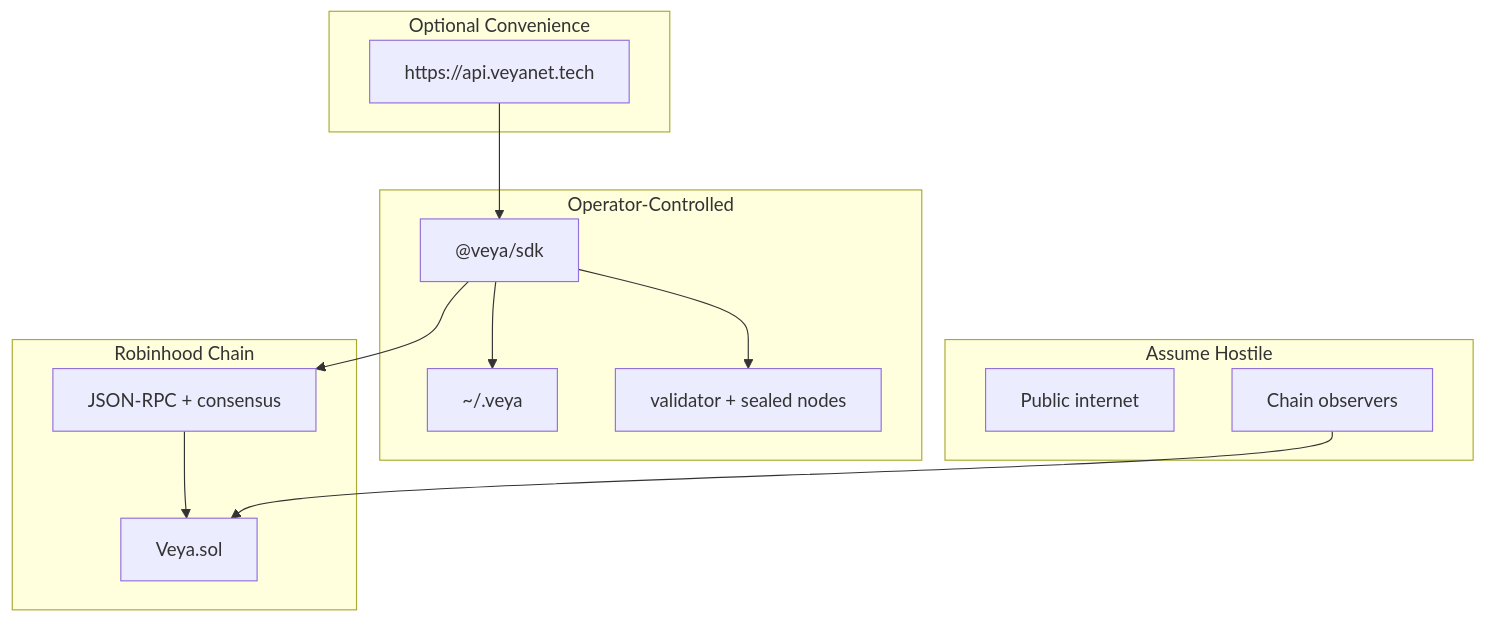
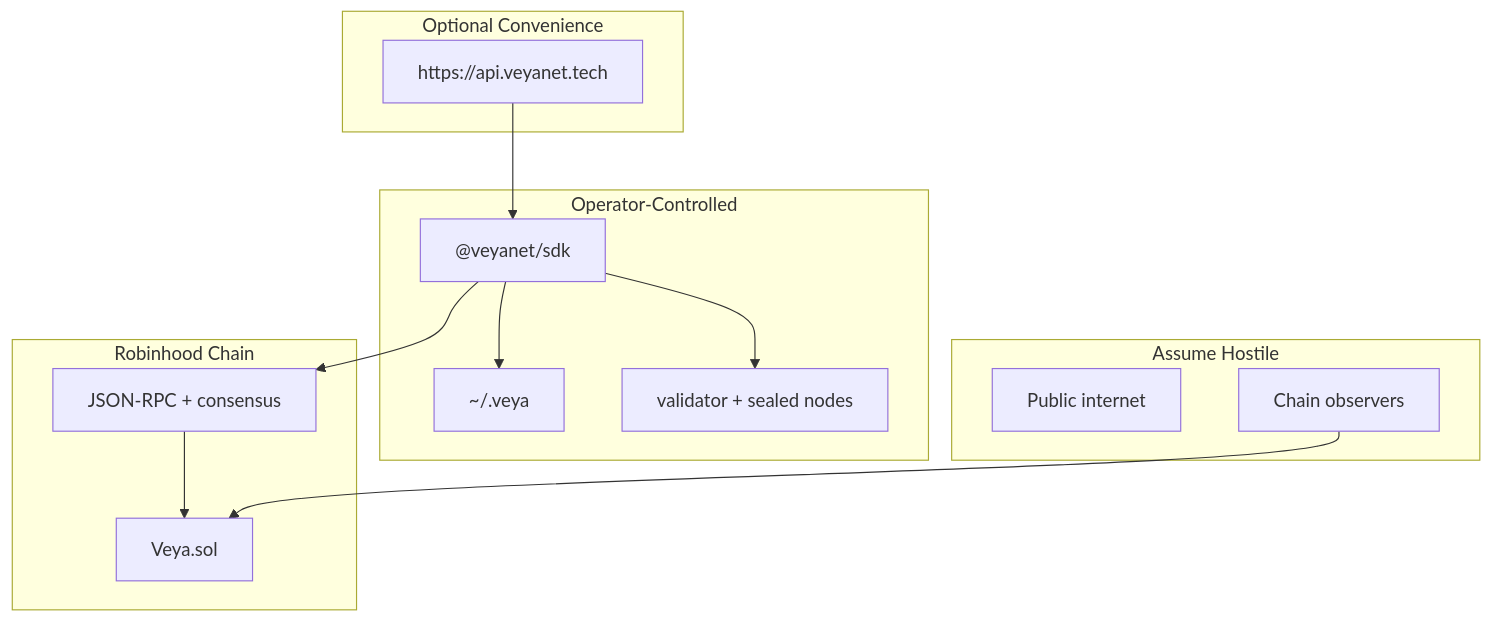
Diagram 12 of 13 in docs/ARCHITECTURE.md (veyanet/veya-sdk), drawn with Mermaid before and after one commit. The commit also changed other lines of this file and 34 other files, not shown here.

Commit message:
refactor(sdk): update package scope to @veyanet/sdk

````diff
--- a/docs/ARCHITECTURE.md
+++ b/docs/ARCHITECTURE.md
@@ -770,25 +770,25 @@
 ```mermaid
 flowchart TB
     subgraph Trusted["Operator-Controlled"]
-        SDK["@veya/sdk"]
+        SDK["@veyanet/sdk"]
         Store["~/.veya"]
         Nodes["validator + sealed nodes"]
     end
     subgraph SemiTrusted["Robinhood Chain"]
         RPC["JSON-RPC + consensus"]
         Program["Veya.sol"]
     end
     subgraph Optional["Optional Convenience"]
         API["https://api.veyanet.tech"]
     end
     subgraph Untrusted["Assume Hostile"]
         Network["Public internet"]
         Observers["Chain observers"]
     end
     SDK --> Store
     SDK --> Nodes
     SDK --> RPC
     API --> SDK
     RPC --> Program
     Observers --> Program
 ```
````
